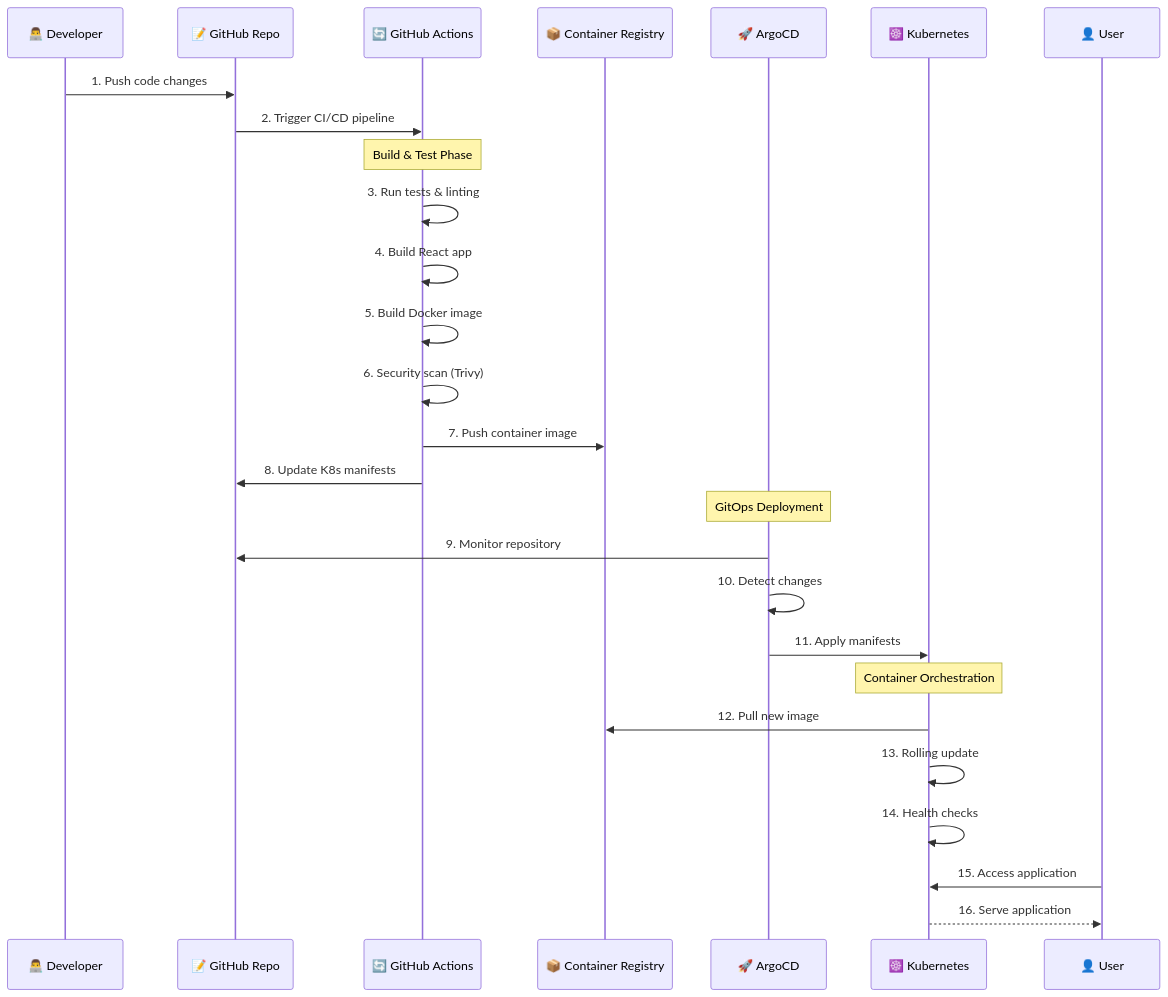
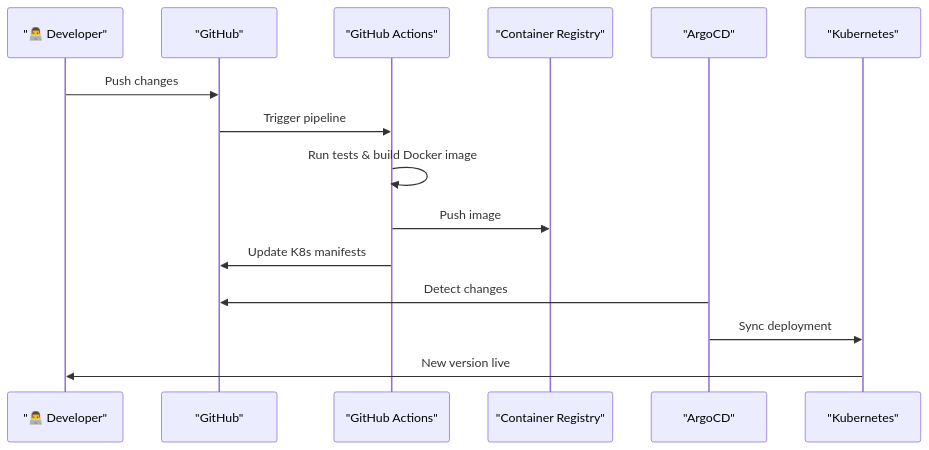
Before and after one commit to pablodelarco/Roomio: the second of 2 diagrams in README.md, drawn with Mermaid. The commit also changed other lines of this file, not shown here.

````diff
--- a/README.md
+++ b/README.md
@@ -171,35 +80,18 @@
 ```mermaid
 sequenceDiagram
-    participant Dev as 👨‍💻 Developer
-    participant Git as 📝 GitHub Repo
-    participant GHA as 🔄 GitHub Actions
-    participant Registry as 📦 Container Registry
-    participant ArgoCD as 🚀 ArgoCD
-    participant K8s as ☸️ Kubernetes
-    participant User as 👤 User
+    participant Dev as "👨‍💻 Developer"
+    participant Git as "GitHub"
+    participant CI as "GitHub Actions"
+    participant CR as "Container Registry"
+    participant CD as "ArgoCD"
+    participant K8s as "Kubernetes"
 
-    Dev->>Git: 1. Push code changes
-    Git->>GHA: 2. Trigger CI/CD pipeline
-
-    Note over GHA: Build & Test Phase
-    GHA->>GHA: 3. Run tests & linting
-    GHA->>GHA: 4. Build React app
-    GHA->>GHA: 5. Build Docker image
-    GHA->>GHA: 6. Security scan (Trivy)
-
-    GHA->>Registry: 7. Push container image
-    GHA->>Git: 8. Update K8s manifests
-
-    Note over ArgoCD: GitOps Deployment
-    ArgoCD->>Git: 9. Monitor repository
-    ArgoCD->>ArgoCD: 10. Detect changes
-    ArgoCD->>K8s: 11. Apply manifests
-
-    Note over K8s: Container Orchestration
-    K8s->>Registry: 12. Pull new image
-    K8s->>K8s: 13. Rolling update
-    K8s->>K8s: 14. Health checks
-
-    User->>K8s: 15. Access application
-    K8s-->>User: 16. Serve application
+    Dev->>Git: Push changes
+    Git->>CI: Trigger pipeline
+    CI->>CI: Run tests & build Docker image
+    CI->>CR: Push image
+    CI->>Git: Update K8s manifests
+    CD->>Git: Detect changes
+    CD->>K8s: Sync deployment
+    K8s->>Dev: New version live
 ```
````
